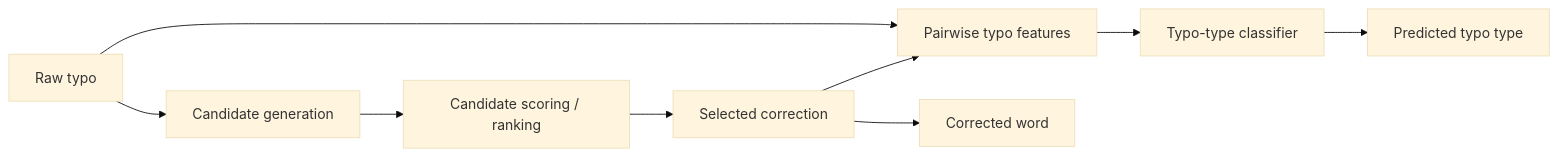
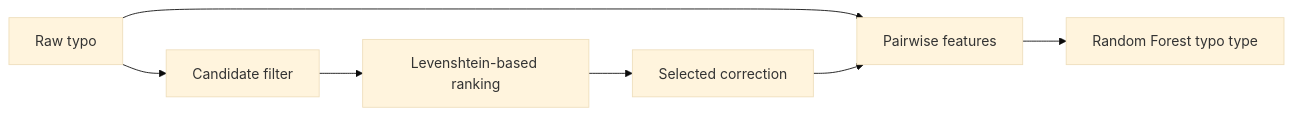
One commit to Davidkaaa33/ML-projects changed the diagram in T9-typo-correction/README.md. Above: the diagram before and after it, drawn with Mermaid (base theme). The commit also changed other lines of this file and 4 other files, not shown here.

````diff
--- a/T9-typo-correction/README.md
+++ b/T9-typo-correction/README.md
@@ -23,11 +15,9 @@
 ```mermaid
 flowchart LR
-    T[Raw typo] --> C[Candidate generation]
-    C --> R[Candidate scoring / ranking]
+    T[Raw typo] --> C[Candidate filter]
+    C --> R[Levenshtein-based ranking]
     R --> W[Selected correction]
-    T --> F[Pairwise typo features]
+    T --> F[Pairwise features]
     W --> F
-    F --> CLF[Typo-type classifier]
-    W --> OUT[Corrected word]
-    CLF --> TYPE[Predicted typo type]
+    F --> CLF[Random Forest typo type]
 ```
````
